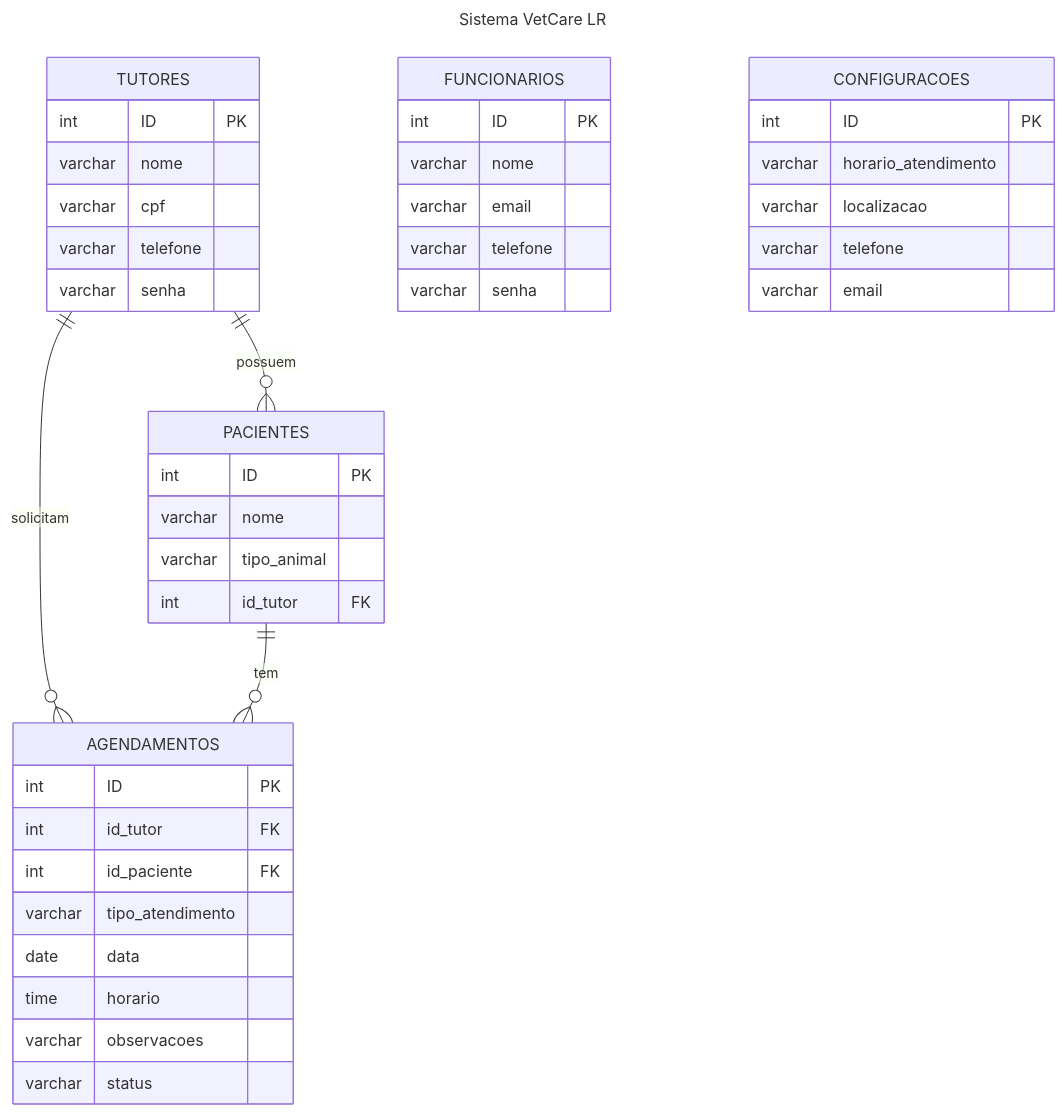
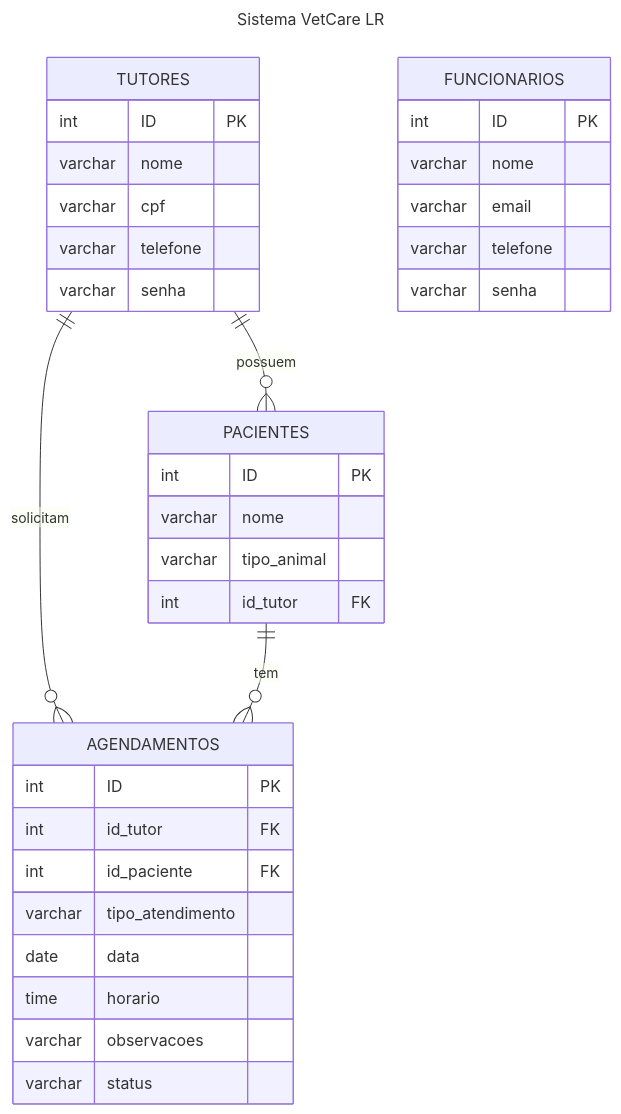
Before and after one commit to leticia-ribeiro0911/vetcarelr: the diagram in vetcarelr/elaboracao/diagramas.md, drawn with Mermaid. The commit also changed 30 other files, not shown here.

````diff
--- a/vetcarelr/elaboracao/diagramas.md
+++ b/vetcarelr/elaboracao/diagramas.md
@@ -3,51 +3,43 @@
 ```Mermaid
 ---
 title: Sistema VetCare LR
 ---
 erDiagram
     TUTORES {
         int ID PK 
         varchar nome 
         varchar cpf
         varchar telefone
         varchar senha  
     }
 
     PACIENTES {
         int ID PK
         varchar nome
         varchar tipo_animal
         int id_tutor FK
     }
 
     AGENDAMENTOS {
         int ID PK
         int id_tutor FK
         int id_paciente FK
         varchar tipo_atendimento
         date data
         time horario
         varchar observacoes
         varchar status
     }
 
     FUNCIONARIOS {
         int ID PK 
         varchar nome
         varchar email
         varchar telefone
         varchar senha 
     }
 
-    CONFIGURACOES {
-        int ID PK 
-        varchar horario_atendimento
-        varchar localizacao
-        varchar telefone
-        varchar email
-    }
-
 TUTORES ||--O{ PACIENTES : possuem
 TUTORES ||--O{ AGENDAMENTOS : solicitam
 PACIENTES ||--O{ AGENDAMENTOS : tem
 ```
````
